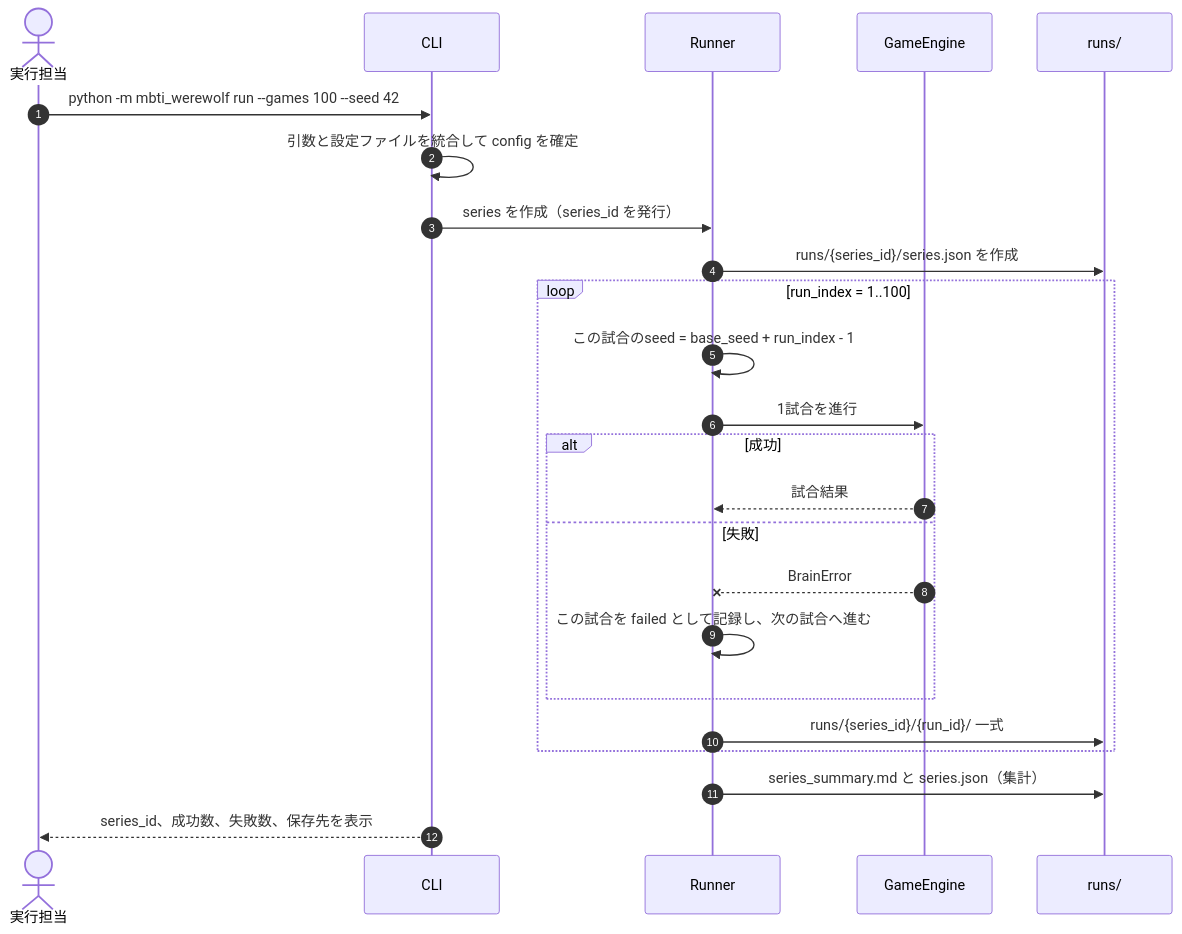
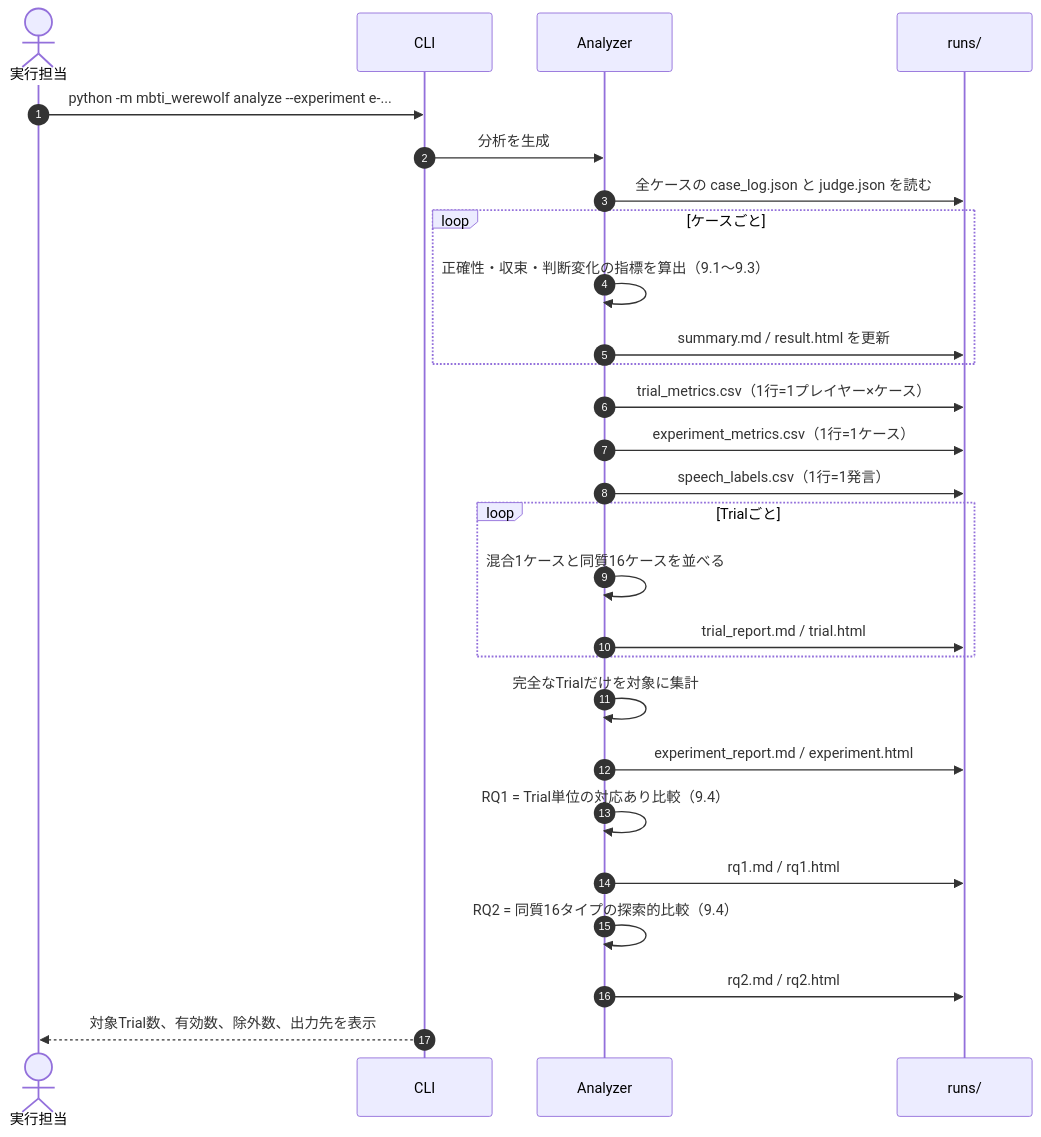
One commit to ziriss8120121/hackathon-test changed the seventh of 11 diagrams in docs/design.md. Above: the diagram before and after it, drawn with Mermaid. The commit also changed other lines of this file and 2 other files, not shown here.

````diff
--- a/docs/design.md
+++ b/docs/design.md
@@ -376,29 +586,34 @@
 ```mermaid
 sequenceDiagram
     autonumber
     actor U as 実行担当
     participant CLI as CLI
-    participant R as Runner
-    participant E as GameEngine
+    participant AN as Analyzer
     participant FS as runs/
 
-    U->>CLI: python -m mbti_werewolf run --games 100 --seed 42
-    CLI->>CLI: 引数と設定ファイルを統合して config を確定
-    CLI->>R: series を作成（series_id を発行）
-    R->>FS: runs/{series_id}/series.json を作成
+    U->>CLI: python -m mbti_werewolf analyze --experiment e-...
+    CLI->>AN: 分析を生成
+    AN->>FS: 全ケースの case_log.json と judge.json を読む
 
-    loop run_index = 1..100
-        R->>R: この試合のseed = base_seed + run_index - 1
-        R->>E: 1試合を進行
-        alt 成功
-            E-->>R: 試合結果
-        else 失敗
-            E--xR: BrainError
-            R->>R: この試合を failed として記録し、次の試合へ進む
-        end
-        R->>FS: runs/{series_id}/{run_id}/ 一式
+    loop ケースごと
+        AN->>AN: 正確性・収束・判断変化の指標を算出（9.1〜9.3）
+        AN->>FS: summary.md / result.html を更新
     end
 
-    R->>FS: series_summary.md と series.json（集計）
-    CLI-->>U: series_id、成功数、失敗数、保存先を表示
+    AN->>FS: trial_metrics.csv（1行=1プレイヤー×ケース）
+    AN->>FS: experiment_metrics.csv（1行=1ケース）
+    AN->>FS: speech_labels.csv（1行=1発言）
+
+    loop Trialごと
+        AN->>AN: 混合1ケースと同質16ケースを並べる
+        AN->>FS: trial_report.md / trial.html
+    end
+
+    AN->>AN: 完全なTrialだけを対象に集計
+    AN->>FS: experiment_report.md / experiment.html
+    AN->>AN: RQ1 = Trial単位の対応あり比較（9.4）
+    AN->>FS: rq1.md / rq1.html
+    AN->>AN: RQ2 = 同質16タイプの探索的比較（9.4）
+    AN->>FS: rq2.md / rq2.html
+    CLI-->>U: 対象Trial数、有効数、除外数、出力先を表示
 ```
````
